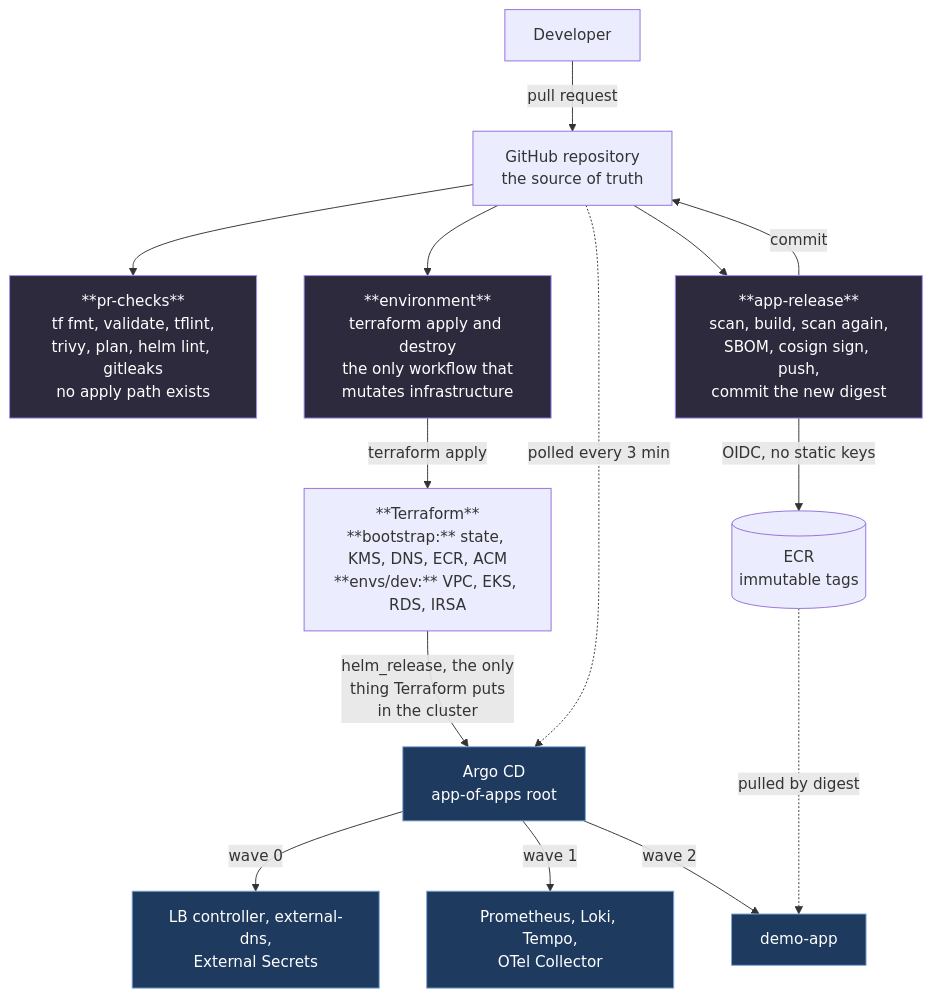
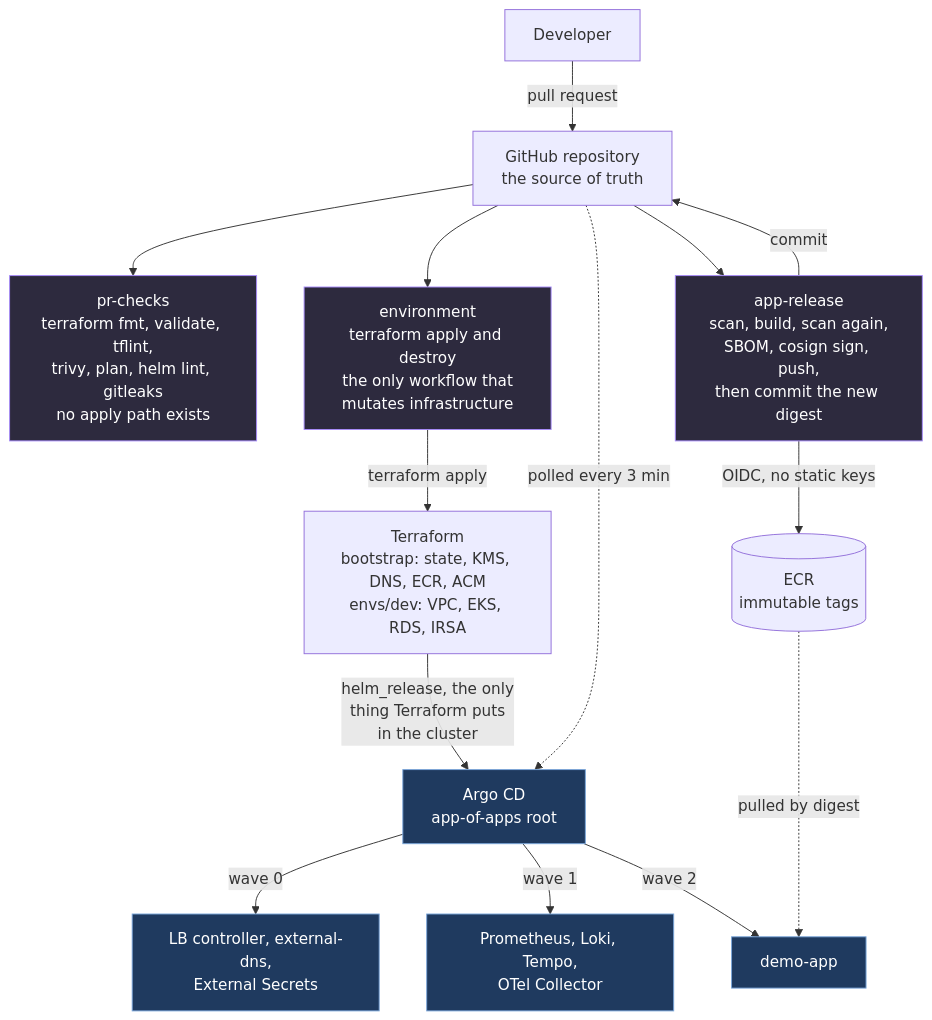
One commit to grandemeks/eks-platform changed the second of 3 diagrams in README.md. Above: the diagram before and after it, drawn with Mermaid. The commit also changed other lines of this file, not shown here.

Commit message:
docs: improved README.md file to represent whole infrastructure

````diff
--- a/README.md
+++ b/README.md
@@ -45,25 +45,25 @@
   ```mermaid
   flowchart TB
       dev["Developer"] -->|"pull request"| gh["GitHub repository<br/>the source of truth"]
 
-      gh --> prc["**pr-checks**<br/>tf fmt, validate, tflint,<br/>trivy, plan, helm lint, gitleaks<br/>no apply path exists"]
-      gh --> envwf["**environment**<br/>terraform apply and destroy<br/>the only workflow that<br/>mutates infrastructure"]
-      gh --> rel["**app-release**<br/>scan, build, scan again,<br/>SBOM, cosign sign, push,<br/>commit the new digest"]
+      gh --> prc["pr-checks<br/>terraform fmt, validate, tflint,<br/>trivy, plan, helm lint, gitleaks<br/>no apply path exists"]
+      gh --> envwf["environment<br/>terraform apply and destroy<br/>the only workflow that<br/>mutates infrastructure"]
+      gh --> rel["app-release<br/>scan, build, scan again,<br/>SBOM, cosign sign, push,<br/>then commit the new digest"]
 
       rel -->|"OIDC, no static keys"| ecr[("ECR<br/>immutable tags")]
       rel -->|"commit"| gh
 
-      envwf -->|"terraform apply"| tf["**Terraform**<br/>**bootstrap:** state, KMS, DNS, ECR, ACM<br/>**envs/dev:** VPC, EKS, RDS, IRSA"]
+      envwf -->|"terraform apply"| tf["Terraform<br/>bootstrap: state, KMS, DNS, ECR, ACM<br/>envs/dev: VPC, EKS, RDS, IRSA"]
       tf -->|"helm_release, the only<br/>thing Terraform puts<br/>in the cluster"| argo["Argo CD<br/>app-of-apps root"]
 
       gh -.->|"polled every 3 min"| argo
       argo -->|"wave 0"| w0["LB controller, external-dns,<br/>External Secrets"]
       argo -->|"wave 1"| w1["Prometheus, Loki, Tempo,<br/>OTel Collector"]
       argo -->|"wave 2"| w2["demo-app"]
       ecr -.->|"pulled by digest"| w2
 
       classDef ci fill:#2d2a3e,stroke:#a78bfa,color:#ffffff
       classDef k8s fill:#1f3a5f,stroke:#7aa6da,color:#ffffff
       class prc,envwf,rel ci
       class argo,w0,w1,w2 k8s
   ```
````
